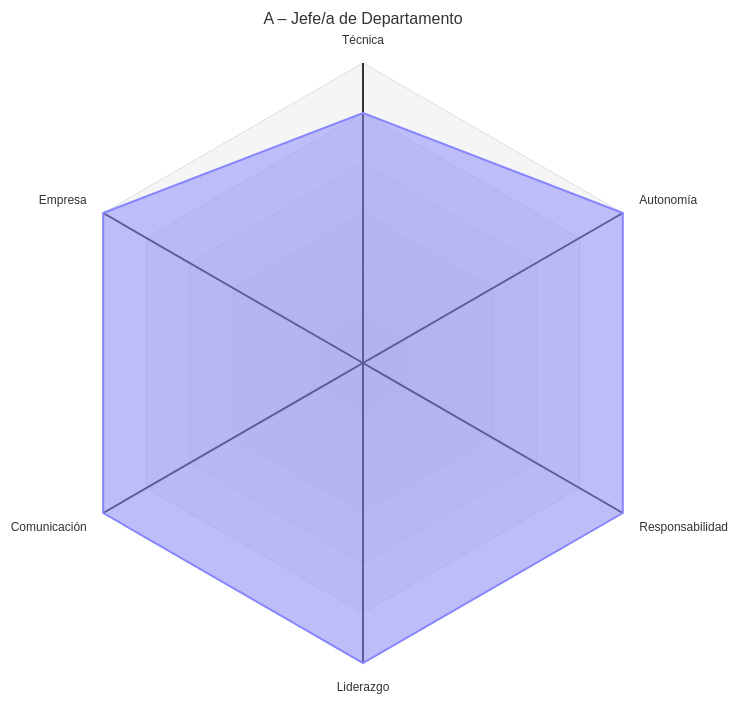
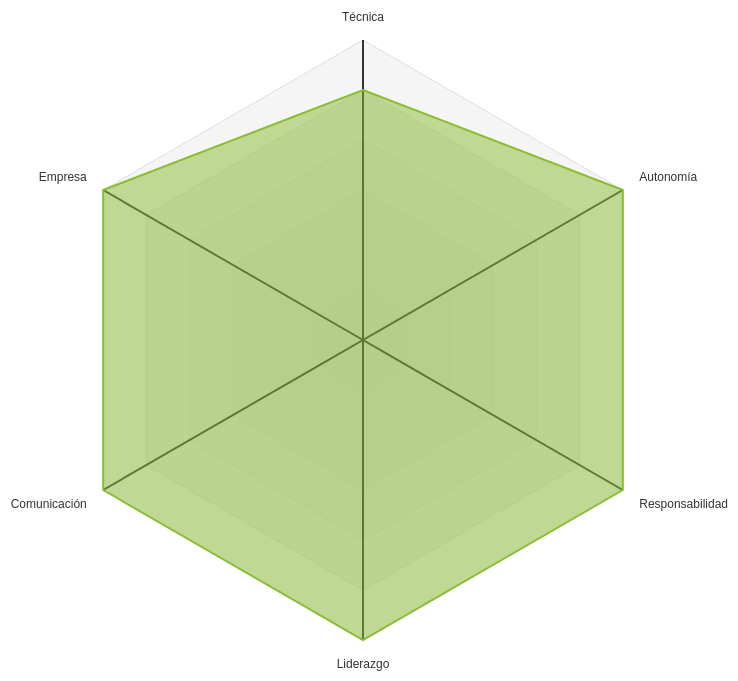
One commit to javigallego-tech/carrera-profesional-ti changed the ninth of 9 diagrams in perfiles-por-nivel.md. Above: the diagram before and after it, drawn with Mermaid. The commit also changed other lines of this file and 1 other file, not shown here.

````diff
--- a/perfiles-por-nivel.md
+++ b/perfiles-por-nivel.md
@@ -139,13 +147,14 @@
 ```mermaid
 ---
-title: "A – Jefe/a de Departamento"
+config:
+  themeVariables:
+    cScale0: "#89BE34"
 ---
 radar-beta
   axis t["Técnica"], a["Autonomía"], r["Responsabilidad"], l["Liderazgo"], c["Comunicación"], e["Empresa"]
   curve n["Mínimo"]{5, 6, 6, 6, 6, 6}
   max 6
-  min 0
   ticks 6
   graticule polygon
   showLegend false
 ```
````
